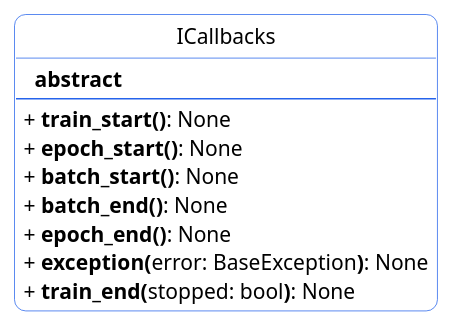
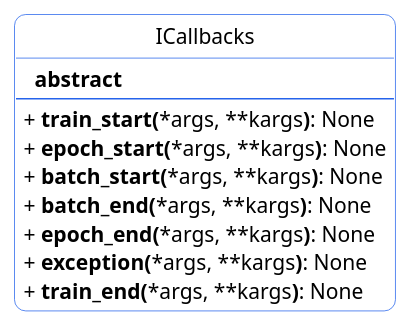
The diagram in docs/contracts/callbacks.puml (luralves/bernet), drawn with PlantUML before and after one commit. The commit also changed 7 other files, not shown here.

```diff
--- a/docs/contracts/callbacks.puml
+++ b/docs/contracts/callbacks.puml
@@ -1,34 +1,34 @@
 @startuml callbacks
 ' === Clean modern look ===
 skinparam backgroundColor #FFFFFF
 skinparam classBackgroundColor #FFFFFF
 skinparam classBorderColor #2563EB
 skinparam roundCorner 15
 skinparam shadowing false
 
 ' Hide empty members
 hide empty members
 
 ' Hide circle
 hide circle
 
 ' Remove circles
 skinparam CircledCharacterRadius 10
 
 ' Remove markers from parameters and methods
 skinparam classAttributeIconSize 0
 
 ' ===== Diagram content =====
 class ICallbacks {
     **  abstract**
     --
-    + ** train_start()**: None
-    + ** epoch_start()**: None
-    + ** batch_start()**: None
-    + ** batch_end()**: None
-    + ** epoch_end()**: None
-    + ** exception(**error: BaseException**)**: None
-    + ** train_end(**stopped: bool**)**: None
+    + ** train_start(**&#42;args, &#42;&#42;kargs**)**: None
+    + ** epoch_start(**&#42;args, &#42;&#42;kargs**)**: None
+    + ** batch_start(**&#42;args, &#42;&#42;kargs**)**: None
+    + ** batch_end(**&#42;args, &#42;&#42;kargs**)**: None
+    + ** epoch_end(**&#42;args, &#42;&#42;kargs**)**: None
+    + ** exception(**&#42;args, &#42;&#42;kargs**)**: None
+    + ** train_end(**&#42;args, &#42;&#42;kargs**)**: None
 }
 
 @enduml
```
